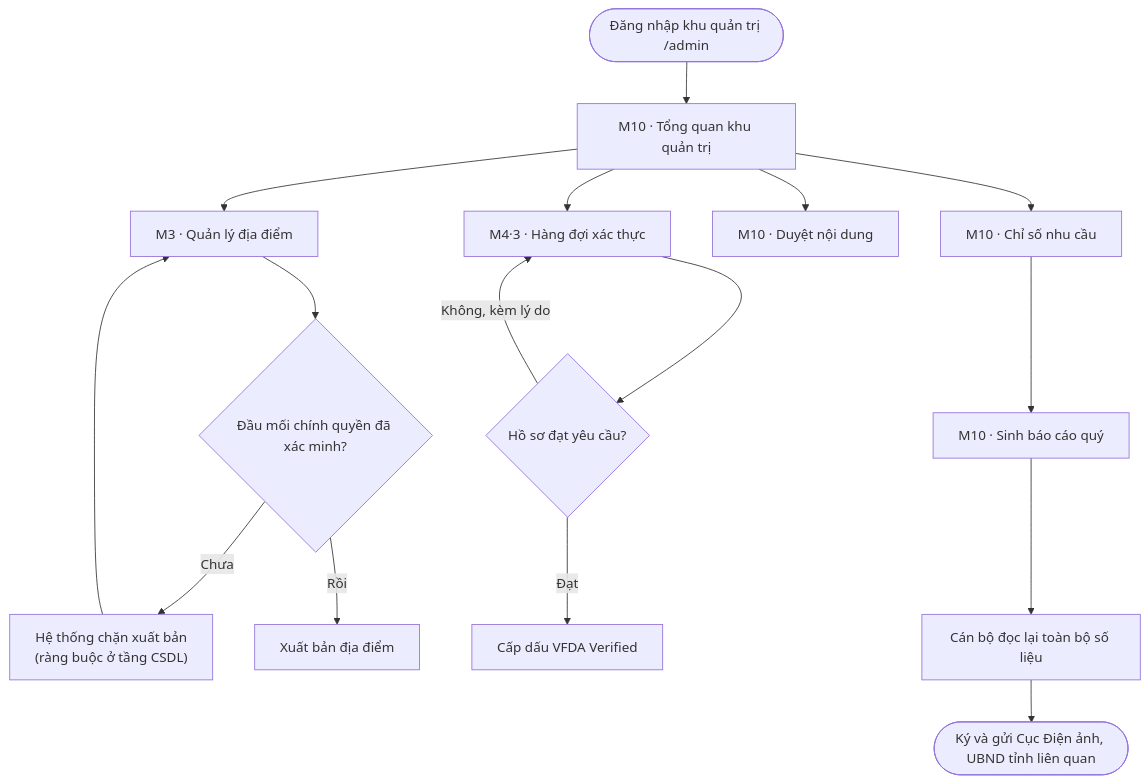
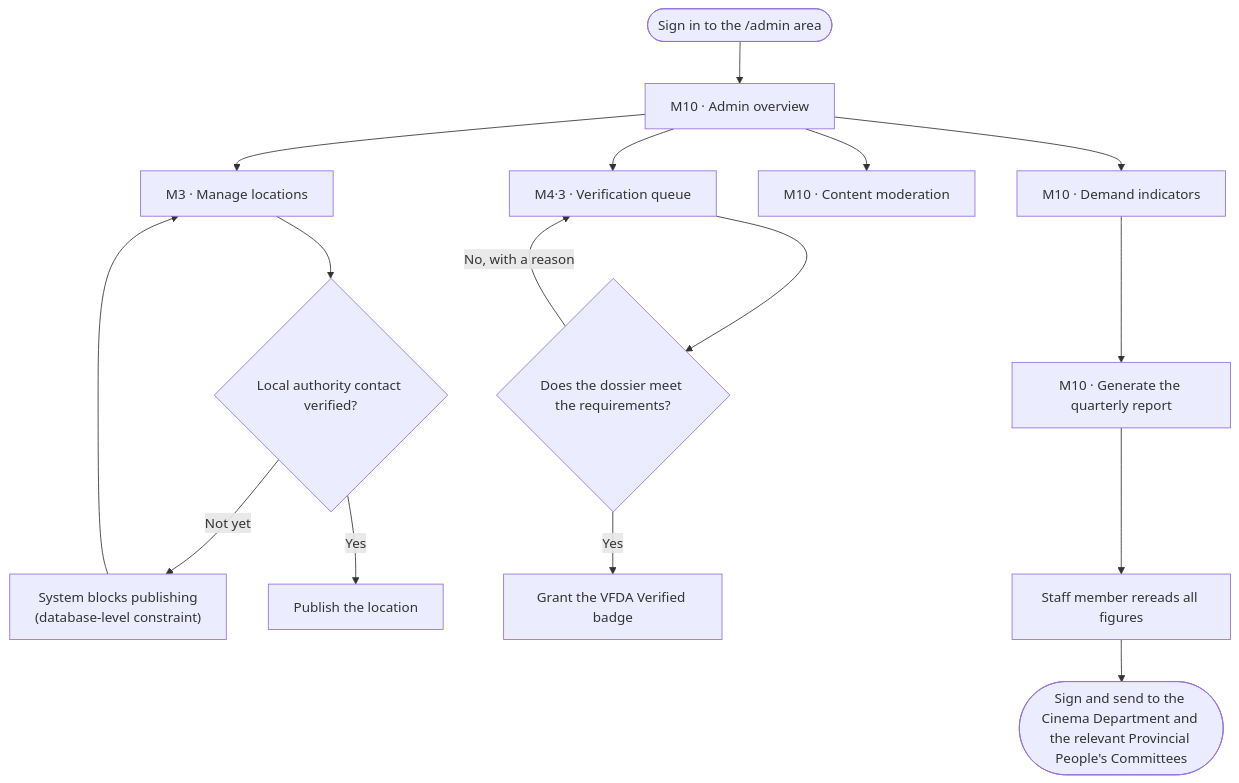
Before and after one commit to namnt2005/CINEMATCH-DBIZ3.TeamC: the fourth of 6 diagrams in docs/architecture/usage-flow.md, drawn with Mermaid. The commit also changed other lines of this file and 92 other files, not shown here.

````diff
--- a/docs/architecture/usage-flow.md
+++ b/docs/architecture/usage-flow.md
@@ -68,20 +68,20 @@
 ```mermaid
 flowchart TD
-    S(["Đăng nhập khu quản trị /admin"]) --> HUB["M10 · Tổng quan khu quản trị"]
-    HUB --> A1["M3 · Quản lý địa điểm"]
-    HUB --> A2["M4·3 · Hàng đợi xác thực"]
-    HUB --> A3["M10 · Duyệt nội dung"]
-    HUB --> A4["M10 · Chỉ số nhu cầu"]
+    S(["Sign in to the /admin area"]) --> HUB["M10 · Admin overview"]
+    HUB --> A1["M3 · Manage locations"]
+    HUB --> A2["M4·3 · Verification queue"]
+    HUB --> A3["M10 · Content moderation"]
+    HUB --> A4["M10 · Demand indicators"]
 
-    A1 --> Q1{"Đầu mối chính quyền đã xác minh?"}
-    Q1 -- "Chưa" --> BLOCK["Hệ thống chặn xuất bản<br/>(ràng buộc ở tầng CSDL)"] --> A1
-    Q1 -- "Rồi" --> PUB["Xuất bản địa điểm"]
+    A1 --> Q1{"Local authority contact verified?"}
+    Q1 -- "Not yet" --> BLOCK["System blocks publishing<br/>(database-level constraint)"] --> A1
+    Q1 -- "Yes" --> PUB["Publish the location"]
 
-    A2 --> Q2{"Hồ sơ đạt yêu cầu?"}
-    Q2 -- "Không, kèm lý do" --> A2
-    Q2 -- "Đạt" --> BADGE["Cấp dấu VFDA Verified"]
+    A2 --> Q2{"Does the dossier meet the requirements?"}
+    Q2 -- "No, with a reason" --> A2
+    Q2 -- "Yes" --> BADGE["Grant the VFDA Verified badge"]
 
-    A4 --> REP["M10 · Sinh báo cáo quý"]
-    REP --> READ["Cán bộ đọc lại toàn bộ số liệu"]
-    READ --> E(["Ký và gửi Cục Điện ảnh, UBND tỉnh liên quan"])
+    A4 --> REP["M10 · Generate the quarterly report"]
+    REP --> READ["Staff member rereads all figures"]
+    READ --> E(["Sign and send to the Cinema Department and the relevant Provincial People's Committees"])
 ```
````
